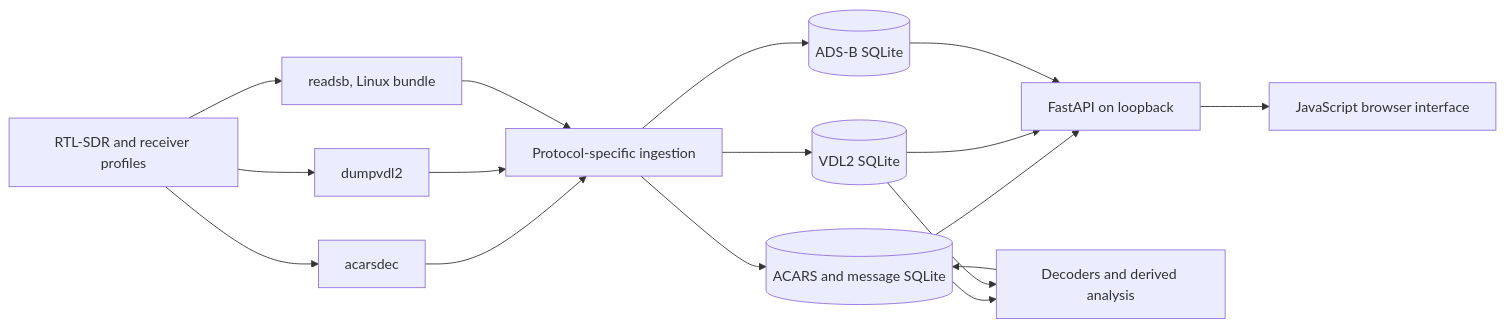
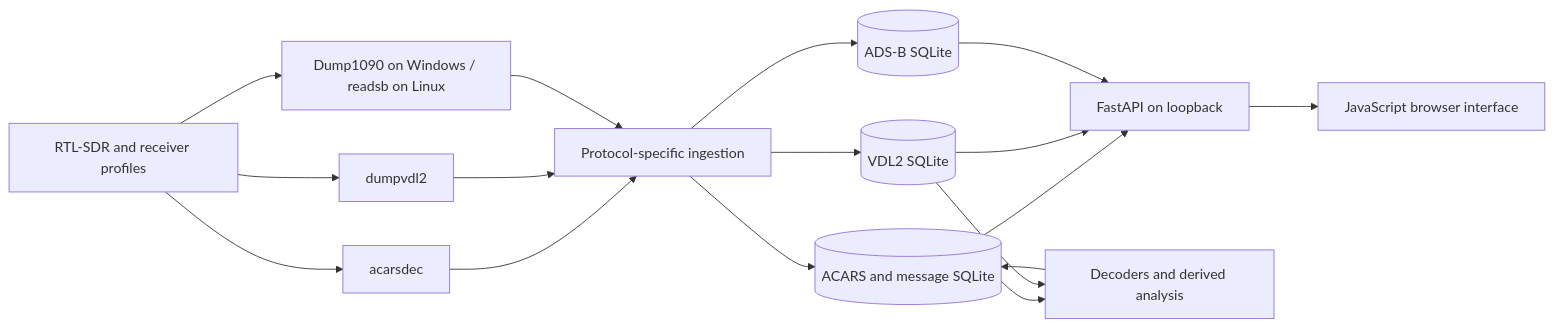
One commit to cdenizz/ACARSINT changed the diagram in docs/architecture.md. Above: the diagram before and after it, drawn with Mermaid. The commit also changed other lines of this file and 28 other files, not shown here.

````diff
--- a/docs/architecture.md
+++ b/docs/architecture.md
@@ -5,19 +5,19 @@
 ```mermaid
 flowchart LR
     SDR[RTL-SDR and receiver profiles] --> AC[acarsdec]
     SDR --> VDL[dumpvdl2]
-    SDR --> ADSB[readsb, Linux bundle]
+    SDR --> ADSB[Dump1090 on Windows / readsb on Linux]
     AC --> ING[Protocol-specific ingestion]
     VDL --> ING
     ADSB --> ING
     ING --> ADB[(ACARS and message SQLite)]
     ING --> VDB[(VDL2 SQLite)]
     ING --> SDB[(ADS-B SQLite)]
     ADB --> API[FastAPI on loopback]
     VDB --> API
     SDB --> API
     ADB --> DER[Decoders and derived analysis]
     VDB --> DER
     DER --> ADB
     API --> UI[JavaScript browser interface]
 ```
````
